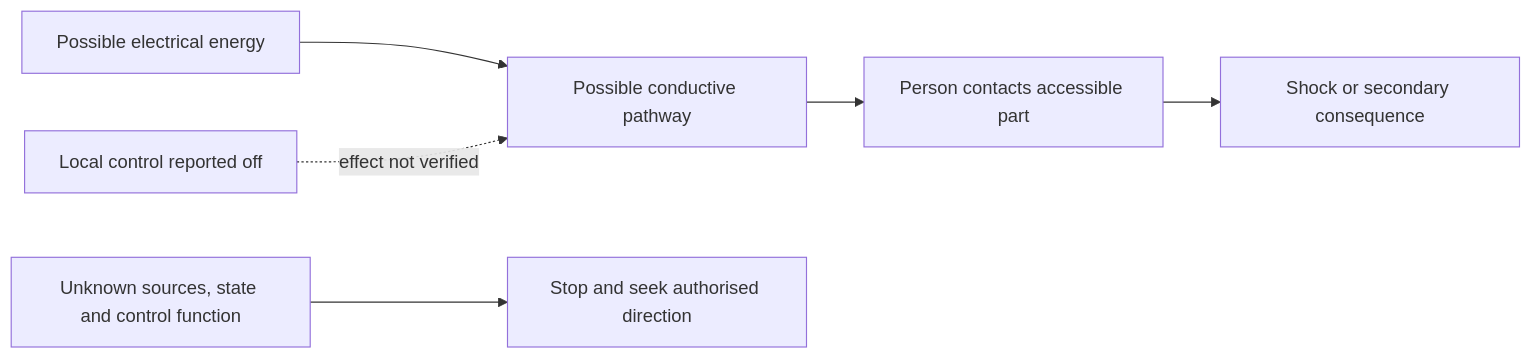
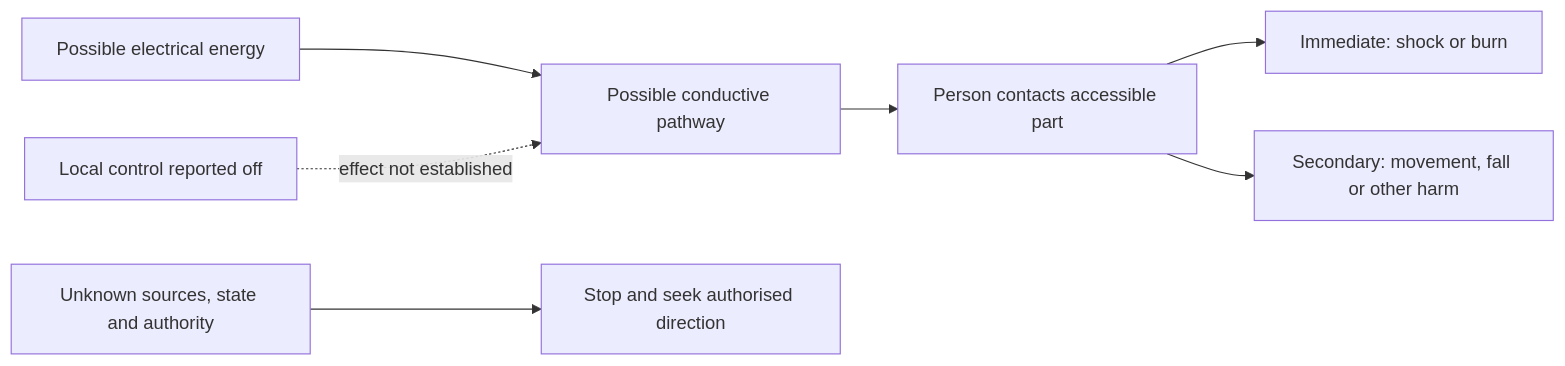
The second of 2 diagrams in docs/learning-plans/12-week/modules/day-02-electrical-hazards-exposure-pathways-and-consequence-reasoning.md (andrew3stedall/capstone), drawn with Mermaid before and after one commit. The commit also changed other lines of this file, not shown here.

Commit message:
Quality pass Day 2 hazard consequence reasoning

````diff
--- a/docs/learning-plans/12-week/modules/day-02-electrical-hazards-exposure-pathways-and-consequence-reasoning.md
+++ b/docs/learning-plans/12-week/modules/day-02-electrical-hazards-exposure-pathways-and-consequence-reasoning.md
@@ -151,8 +173,9 @@
 ```mermaid
 flowchart LR
     H["Possible electrical energy"] --> P["Possible conductive pathway"]
     P --> E["Person contacts accessible part"]
-    E --> C["Shock or secondary consequence"]
-    X["Local control reported off"] -. "effect not verified" .-> P
-    U["Unknown sources, state and control function"] --> S["Stop and seek authorised direction"]
+    E --> C1["Immediate: shock or burn"]
+    E --> C2["Secondary: movement, fall or other harm"]
+    X["Local control reported off"] -. "effect not established" .-> P
+    U["Unknown sources, state and authority"] --> S["Stop and seek authorised direction"]
 ```
````
